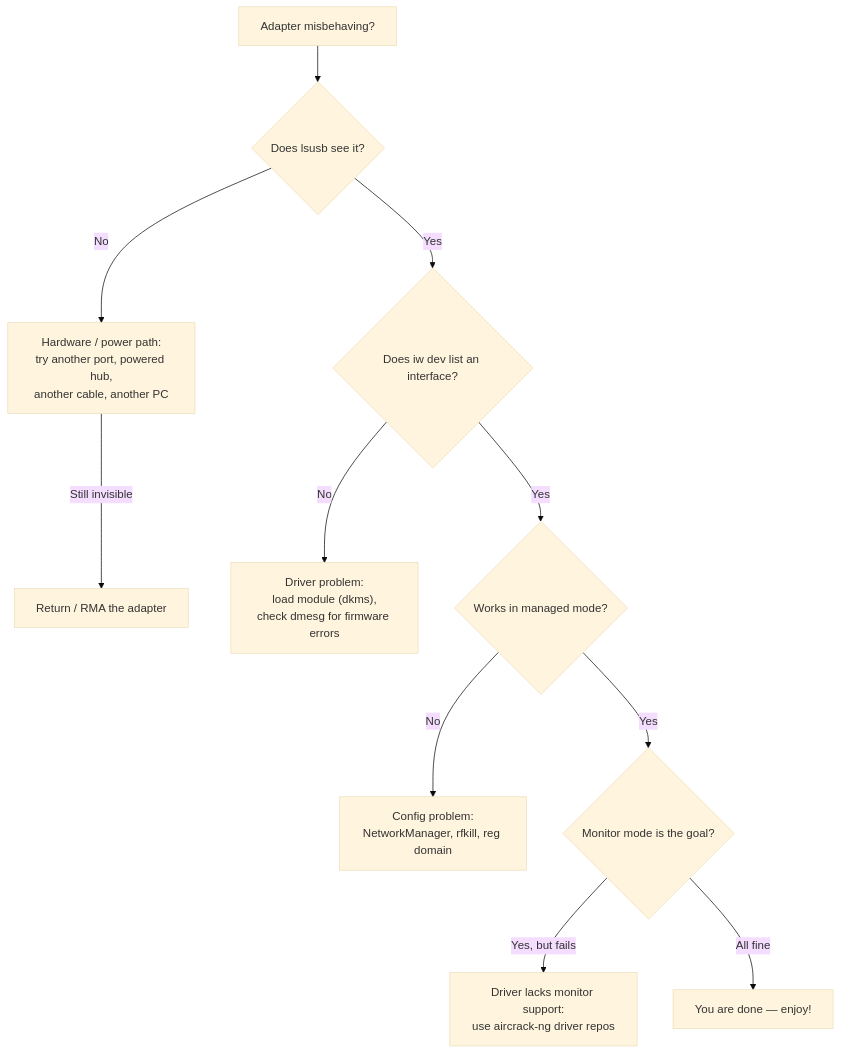
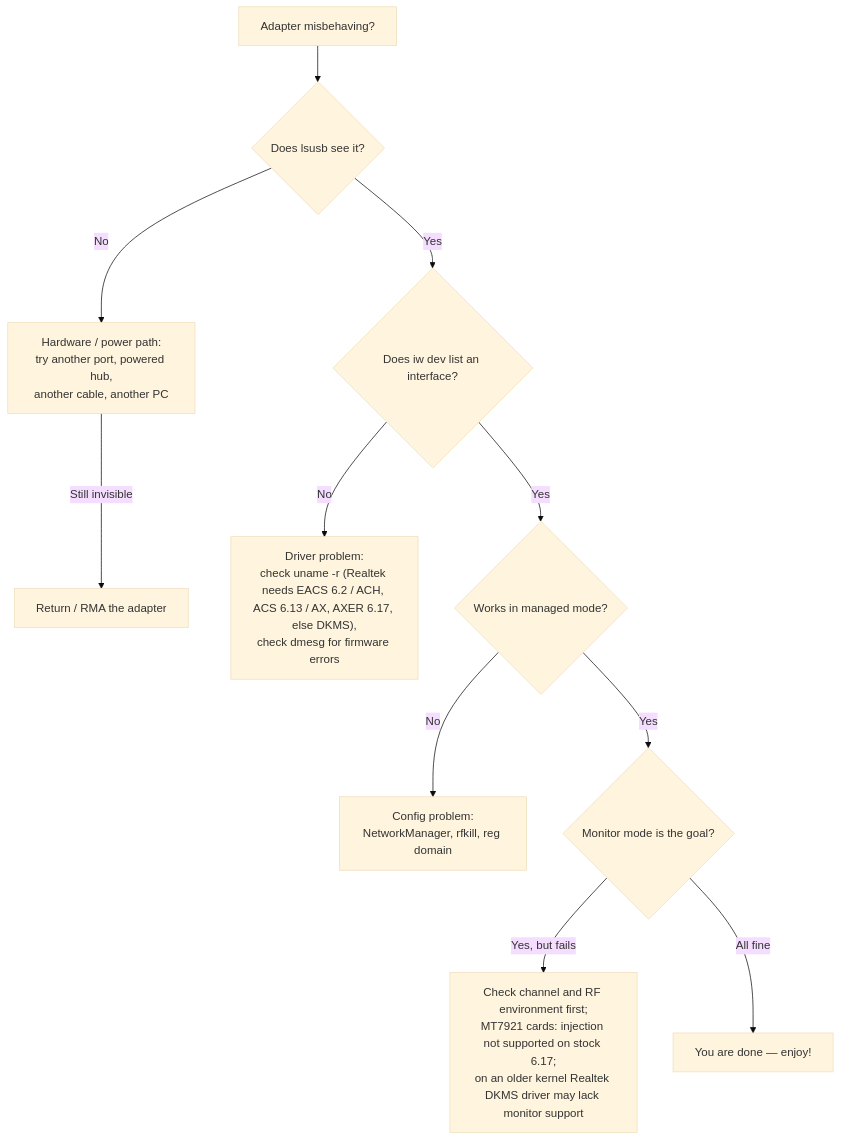
One commit to yopitek/yupitek-wiki changed the diagram in i18n/zh-TW/docusaurus-plugin-content-docs/current/01-alfa-network/troubleshooting.md. Above: the diagram before and after it, drawn with Mermaid (base theme). The commit also changed other lines of this file and 108 other files, not shown here.

````diff
--- a/i18n/zh-TW/docusaurus-plugin-content-docs/current/01-alfa-network/troubleshooting.md
+++ b/i18n/zh-TW/docusaurus-plugin-content-docs/current/01-alfa-network/troubleshooting.md
@@ -15,13 +15,13 @@
 ```mermaid
 flowchart TD
     A["Adapter misbehaving?"] --> B{"Does lsusb see it?"}
     B -->|"No"| C["Hardware / power path:<br/>try another port, powered hub,<br/>another cable, another PC"]
     C -->|"Still invisible"| D["Return / RMA the adapter"]
     B -->|"Yes"| E{"Does iw dev list an interface?"}
-    E -->|"No"| F["Driver problem:<br/>load module (dkms),<br/>check dmesg for firmware errors"]
+    E -->|"No"| F["Driver problem:<br/>check uname -r (Realtek needs EACS 6.2 / ACH, ACS 6.13 / AX, AXER 6.17, else DKMS),<br/>check dmesg for firmware errors"]
     E -->|"Yes"| G{"Works in managed mode?"}
     G -->|"No"| H["Config problem:<br/>NetworkManager, rfkill, reg domain"]
     G -->|"Yes"| I{"Monitor mode is the goal?"}
-    I -->|"Yes, but fails"| J["Driver lacks monitor support:<br/>use aircrack-ng driver repos"]
+    I -->|"Yes, but fails"| J["Check channel and RF environment first;<br/>MT7921 cards: injection not supported on stock 6.17;<br/>on an older kernel Realtek DKMS driver may lack monitor support"]
     I -->|"All fine"| K["You are done — enjoy!"]
 ```
````
